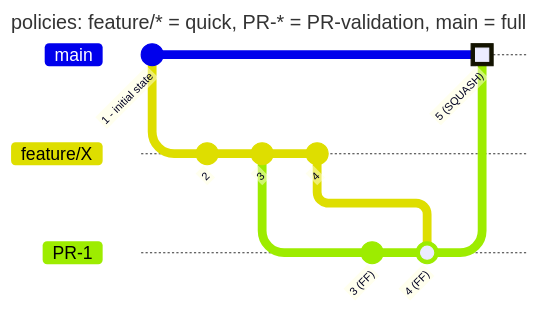
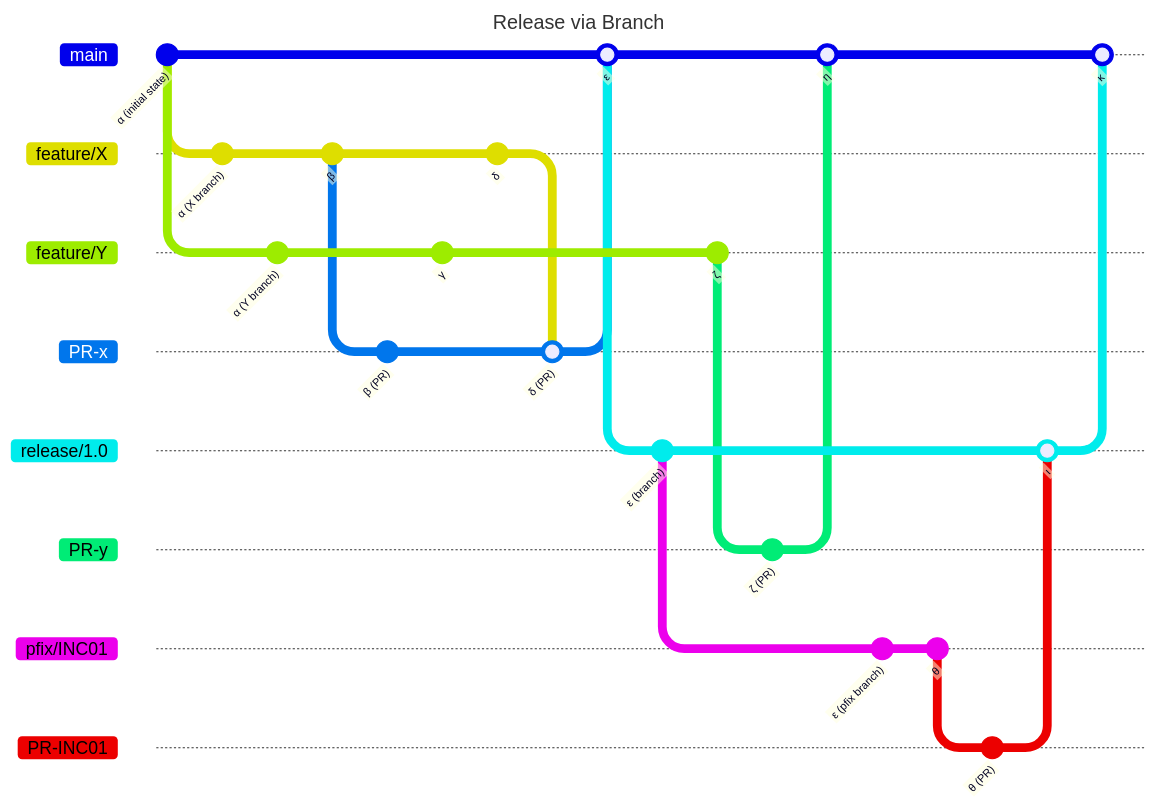
The first of 2 diagrams in doc/scenarios.md (CasaVian/actions-demos), drawn with Mermaid before and after one commit. The commit also changed other lines of this file, not shown here.

Commit message:
Scenario diagrams

````diff
--- a/doc/scenarios.md
+++ b/doc/scenarios.md
@@ -4,23 +6,49 @@
 ```mermaid
 ---
-title: |
-  policies:
-    feature/* = quick,
-    PR-* = PR-validation,
-    main = full
+title: Release via Branch
 ---
 gitGraph
-   commit id:"1 - initial state"
-   branch feature/X
-   checkout feature/X
-   commit id:"2"
-   commit id:"3"
-   branch PR-1
-   checkout feature/X
-   commit id:"4"
-   checkout PR-1
-   commit id:"3 (FF)"
-   merge feature/X id:"4 (FF)"
-   checkout main
-   merge PR-1 id:"5 (SQUASH)" type:HIGHLIGHT
+  commit id:"α (initial state)"
+  branch feature/X
+  checkout feature/X
+  commit id:"α (X branch)"
+  checkout main
+  branch feature/Y
+  checkout feature/Y
+  commit id:"α (Y branch)"
+  checkout feature/X
+  commit id:"β"
+  branch PR-x
+  checkout PR-x
+  commit id:"β (PR)"
+  checkout feature/Y
+  commit id:"γ"
+  checkout feature/X
+  commit id:"δ"
+  checkout PR-x
+  merge feature/X id:"δ (PR)"
+  checkout main
+  merge PR-x id:"ε"
+  branch "release/1.0"
+  checkout "release/1.0"
+  commit id:"ε (branch)"
+  checkout feature/Y
+  commit id:"ζ"
+  branch PR-y
+  checkout PR-y
+  commit id:"ζ (PR)"
+  checkout main
+  merge PR-y id:"η"
+  checkout "release/1.0"
+  branch "pfix/INC01"
+  checkout "pfix/INC01"
+  commit id:"ε (pfix branch)"
+  commit id:"θ"
+  branch PR-INC01
+  checkout PR-INC01
+  commit id:"θ (PR)"
+  checkout "release/1.0"
+  merge PR-INC01 id:"ι"
+  checkout main
+  merge "release/1.0" id:"κ"
 ```
````
